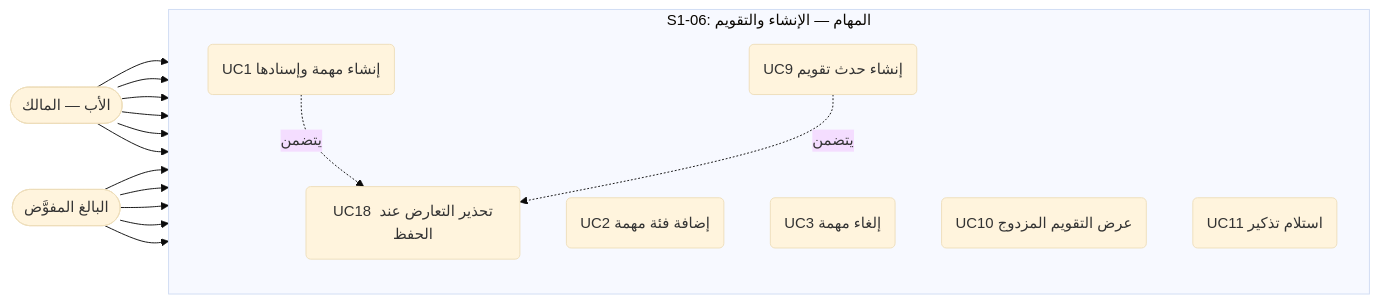
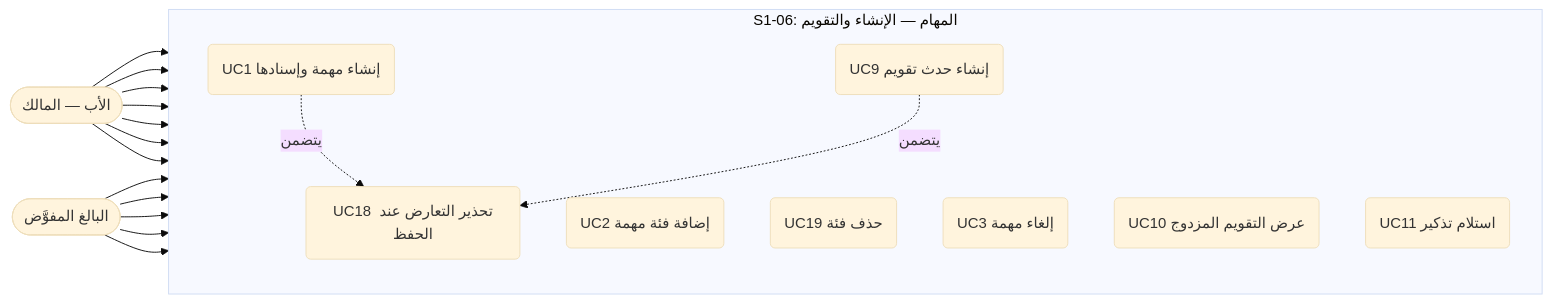
The first of 31 diagrams in docs/family-os/governance/phases/phase-1/S1-06-tasks-and-calendar/DIAGRAMS.md (Bassam-mohammed-alqaeadi/family-os-v2), drawn with Mermaid (base theme) before and after one commit. The commit also changed other lines of this file, not shown here.

Commit message:
Q-440: S1-06 — تسلسل حذف فئة 3-ك وإزالة الاقتباس

````diff
--- a/docs/family-os/governance/phases/phase-1/S1-06-tasks-and-calendar/DIAGRAMS.md
+++ b/docs/family-os/governance/phases/phase-1/S1-06-tasks-and-calendar/DIAGRAMS.md
@@ -17,30 +17,32 @@
 ```mermaid
 flowchart LR
     Father([الأب — المالك])
     Adult([البالغ المفوَّض])
 
     subgraph S106a [S1-06: المهام — الإنشاء والتقويم]
         direction TB
         UC1(UC1 إنشاء مهمة وإسنادها)
         UC2(UC2 إضافة فئة مهمة)
+        UC19(UC19 حذف فئة)
         UC3(UC3 إلغاء مهمة)
         UC9(UC9 إنشاء حدث تقويم)
         UC10(UC10 عرض التقويم المزدوج)
         UC11(UC11 استلام تذكير)
         UC18(UC18 تحذير التعارض عند الحفظ)
     end
 
     Father --> UC1
     Father --> UC2
+    Father --> UC19
     Father --> UC3
     Father --> UC9
     Father --> UC10
     Father --> UC11
     Adult --> UC1
     Adult --> UC3
     Adult --> UC9
     Adult --> UC10
     Adult --> UC11
     UC1 -.->|يتضمن| UC18
     UC9 -.->|يتضمن| UC18
 ```
````
